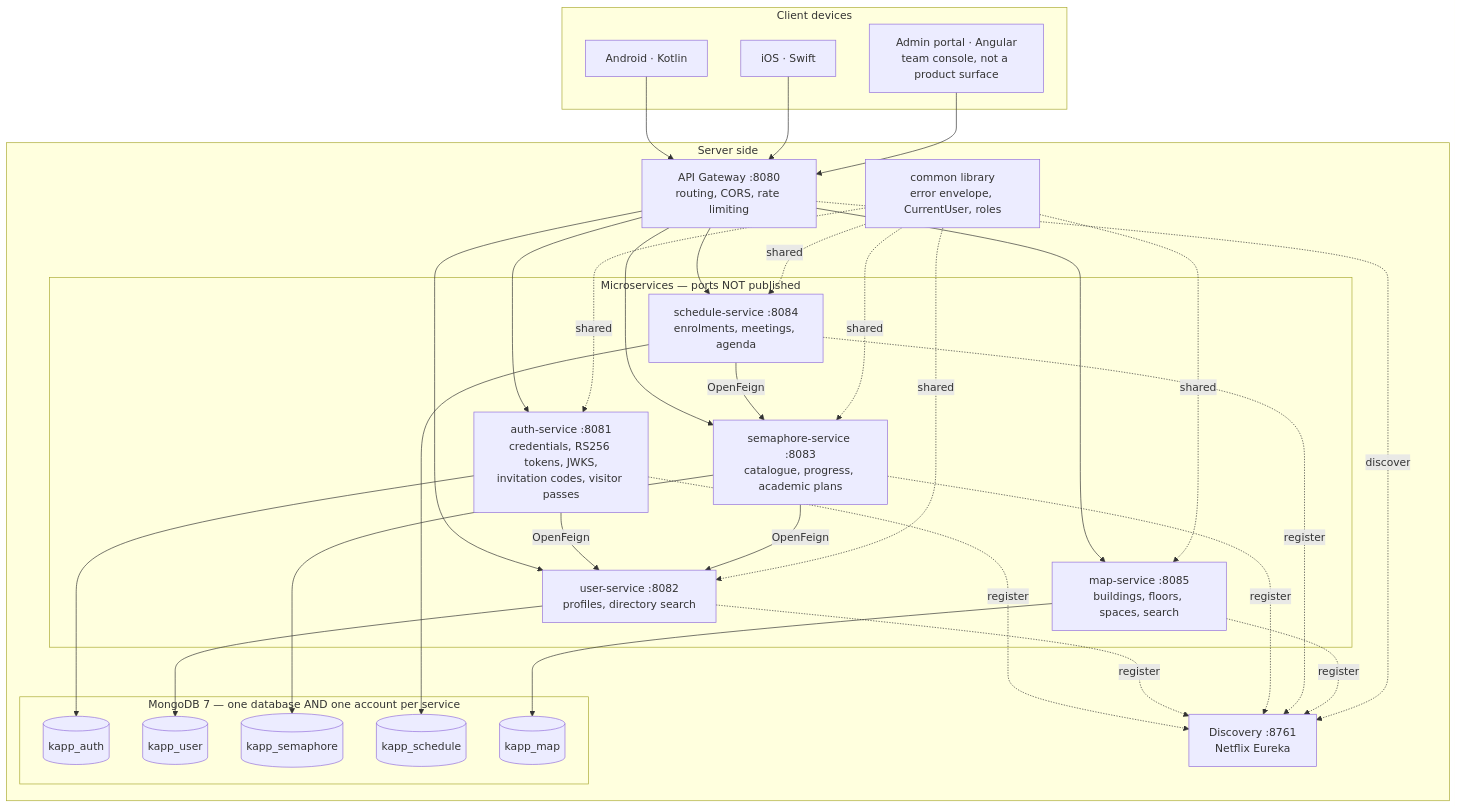
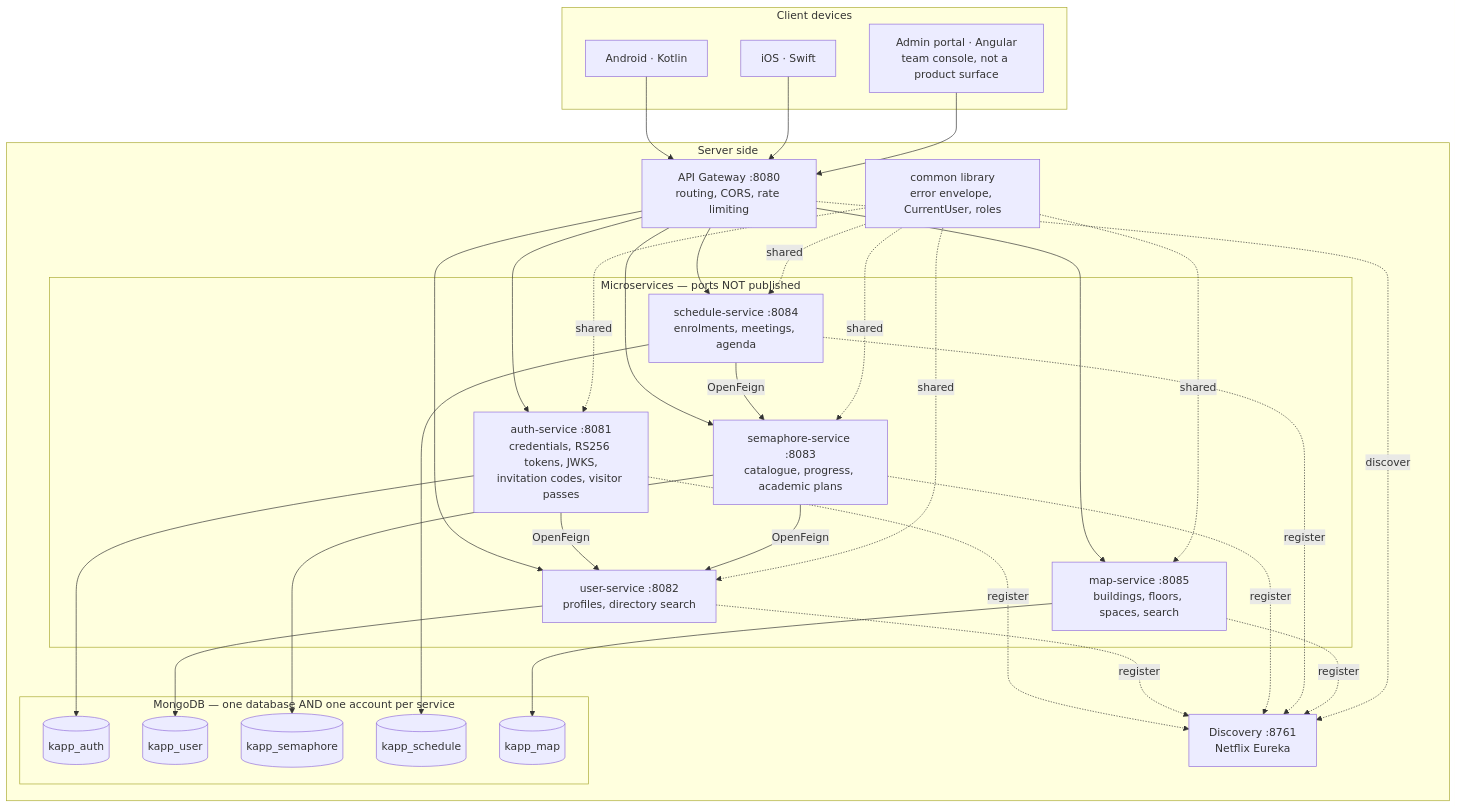
The first of 2 diagrams in README.md (K-Forge/K-APP), drawn with Mermaid before and after one commit. The commit also changed other lines of this file, not shown here.

````diff
--- a/README.md
+++ b/README.md
@@ -159,56 +166,56 @@
 ```mermaid
 flowchart TB
     subgraph clients["Client devices"]
         AND["Android · Kotlin"]
         IOS["iOS · Swift"]
         PORTAL["Admin portal · Angular<br/>team console, not a product surface"]
     end
 
     subgraph server["Server side"]
         GW["API Gateway :8080<br/>routing, CORS, rate limiting"]
         EUR["Discovery :8761<br/>Netflix Eureka"]
 
         subgraph services["Microservices — ports NOT published"]
             AUTH["auth-service :8081<br/>credentials, RS256 tokens, JWKS,<br/>invitation codes, visitor passes"]
             USER["user-service :8082<br/>profiles, directory search"]
             SEM["semaphore-service :8083<br/>catalogue, progress, academic plans"]
             SCH["schedule-service :8084<br/>enrolments, meetings, agenda"]
             MAP["map-service :8085<br/>buildings, floors, spaces, search"]
         end
 
         COMMON["common library<br/>error envelope, CurrentUser, roles"]
 
-        subgraph data["MongoDB 7 — one database AND one account per service"]
+        subgraph data["MongoDB — one database AND one account per service"]
             DBA[("kapp_auth")]
             DBU[("kapp_user")]
             DBS[("kapp_semaphore")]
             DBC[("kapp_schedule")]
             DBM[("kapp_map")]
         end
     end
 
     AND --> GW
     IOS --> GW
     PORTAL --> GW
 
     GW --> AUTH & USER & SEM & SCH & MAP
 
     AUTH -.register.-> EUR
     USER -.register.-> EUR
     SEM -.register.-> EUR
     SCH -.register.-> EUR
     MAP -.register.-> EUR
     GW -.discover.-> EUR
 
     AUTH -->|OpenFeign| USER
     SEM -->|OpenFeign| USER
     SCH -->|OpenFeign| SEM
 
     AUTH --> DBA
     USER --> DBU
     SEM --> DBS
     SCH --> DBC
     MAP --> DBM
 
     COMMON -.shared.-> AUTH & USER & SEM & SCH & MAP
 ```
````
